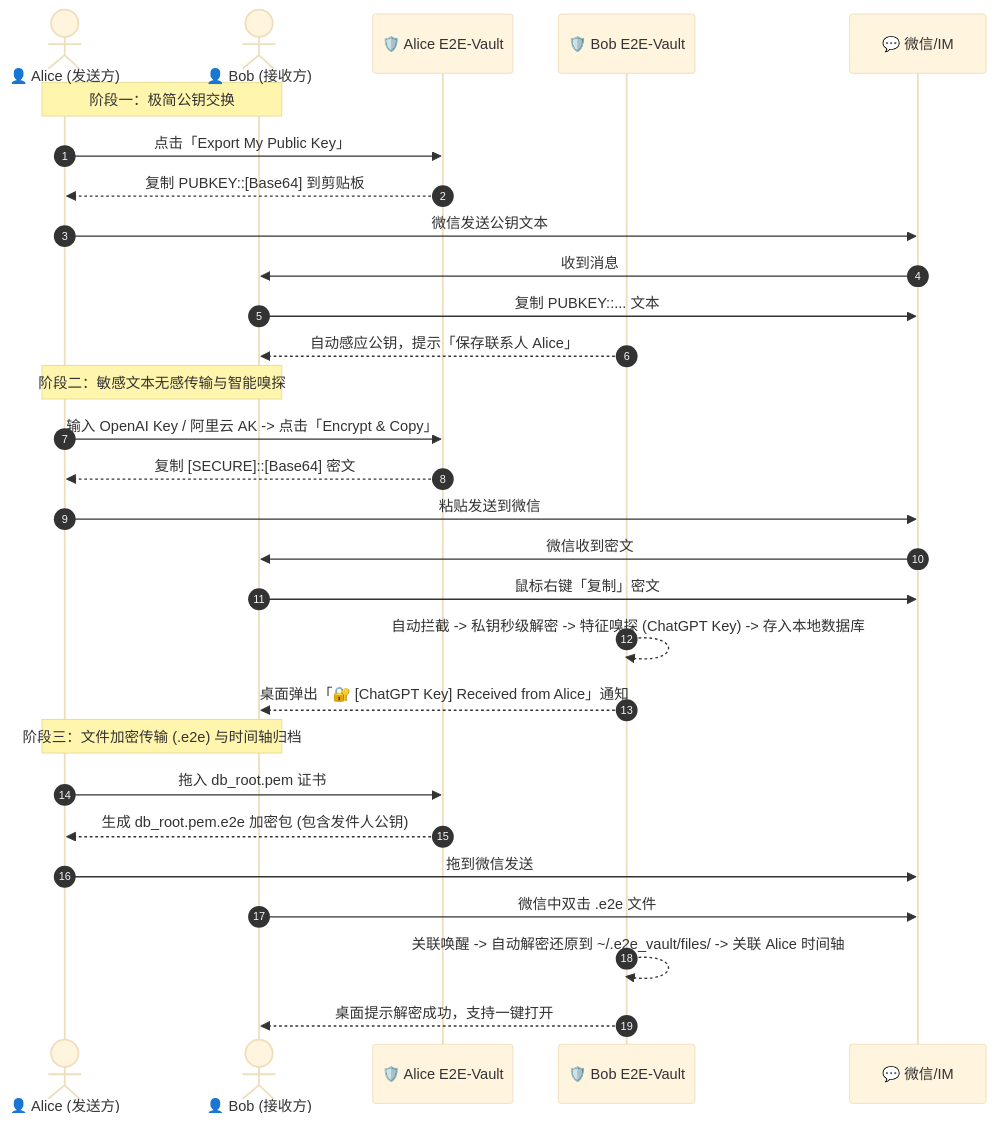
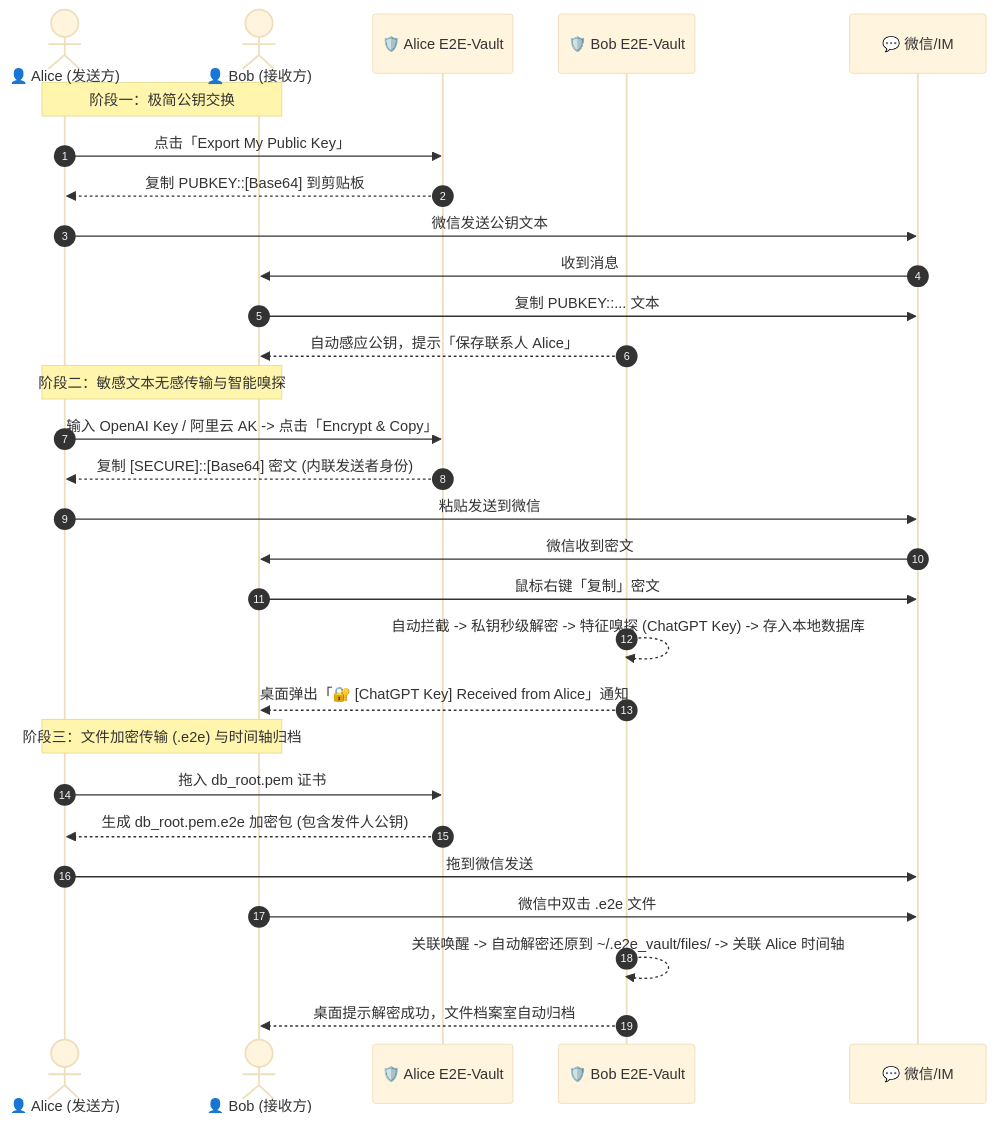
The diagram in README.md (bigbowl99/E2E-Vault), drawn with Mermaid (base theme) before and after one commit. The commit also changed other lines of this file and 1 other file, not shown here.

````diff
--- a/README.md
+++ b/README.md
@@ -38,34 +75,34 @@
 ```mermaid
 sequenceDiagram
     autonumber
     actor Alice as 👤 Alice (发送方)
     actor Bob as 👤 Bob (接收方)
     participant AVault as 🛡️ Alice E2E-Vault
     participant BVault as 🛡️ Bob E2E-Vault
     participant IM as 💬 微信/IM
 
     Note over Alice,Bob: 阶段一：极简公钥交换
     Alice->>AVault: 点击「Export My Public Key」
     AVault-->>Alice: 复制 PUBKEY::[Base64] 到剪贴板
     Alice->>IM: 微信发送公钥文本
     IM->>Bob: 收到消息
     Bob->>IM: 复制 PUBKEY::... 文本
     BVault-->>Bob: 自动感应公钥，提示「保存联系人 Alice」
 
     Note over Alice,Bob: 阶段二：敏感文本无感传输与智能嗅探
     Alice->>AVault: 输入 OpenAI Key / 阿里云 AK -> 点击「Encrypt & Copy」
-    AVault-->>Alice: 复制 [SECURE]::[Base64] 密文
+    AVault-->>Alice: 复制 [SECURE]::[Base64] 密文 (内联发送者身份)
     Alice->>IM: 粘贴发送到微信
     IM->>Bob: 微信收到密文
     Bob->>IM: 鼠标右键「复制」密文
     BVault-->>BVault: 自动拦截 -> 私钥秒级解密 -> 特征嗅探 (ChatGPT Key) -> 存入本地数据库
     BVault-->>Bob: 桌面弹出「🔐 [ChatGPT Key] Received from Alice」通知
 
     Note over Alice,Bob: 阶段三：文件加密传输 (.e2e) 与时间轴归档
     Alice->>AVault: 拖入 db_root.pem 证书
     AVault-->>Alice: 生成 db_root.pem.e2e 加密包 (包含发件人公钥)
     Alice->>IM: 拖到微信发送
     Bob->>IM: 微信中双击 .e2e 文件
     BVault-->>BVault: 关联唤醒 -> 自动解密还原到 ~/.e2e_vault/files/ -> 关联 Alice 时间轴
-    BVault-->>Bob: 桌面提示解密成功，支持一键打开
+    BVault-->>Bob: 桌面提示解密成功，文件档案室自动归档
 ```
````
